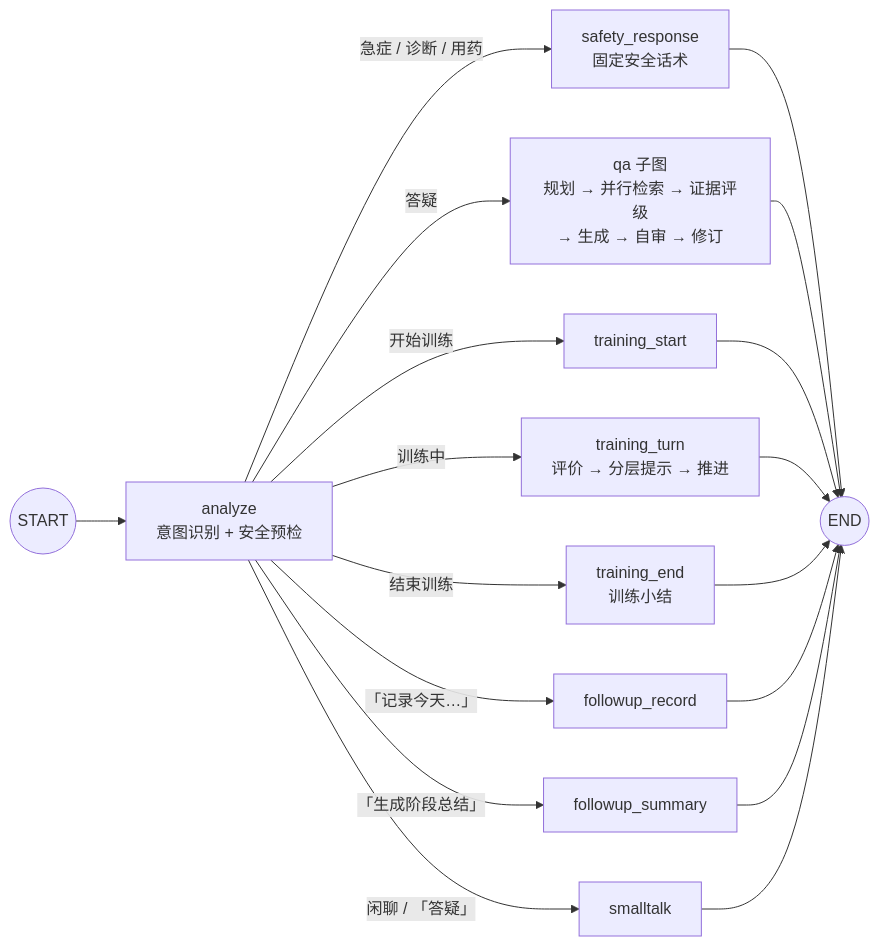
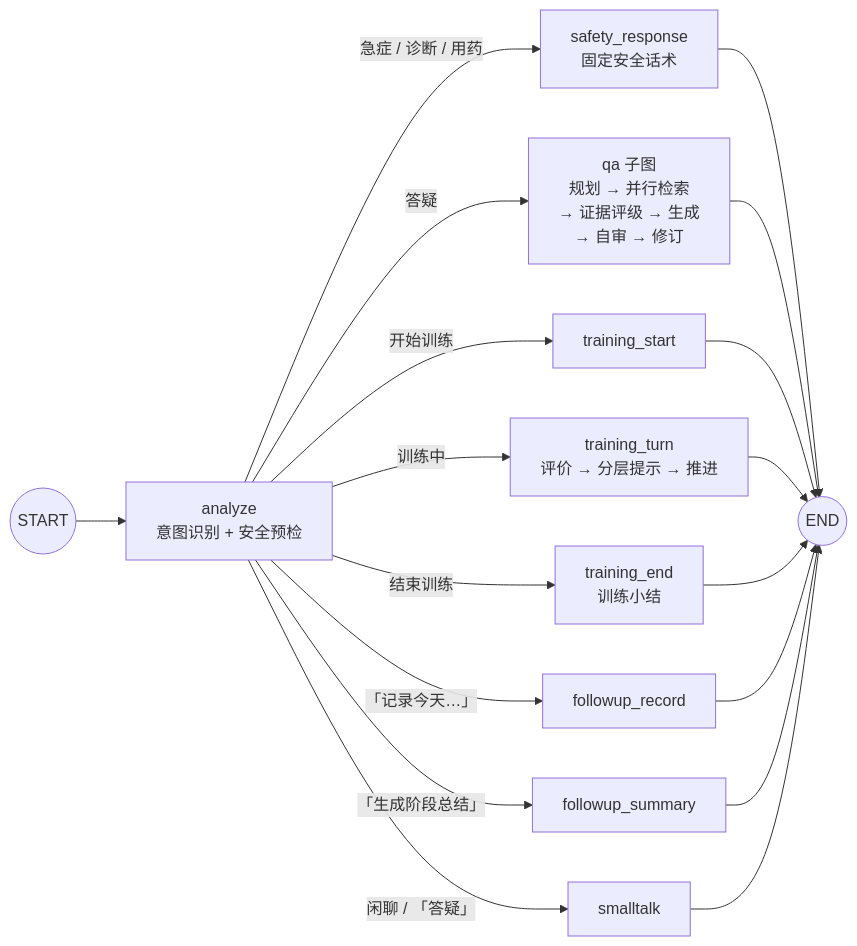
One commit to dazhuang2006/The-Sound-of-Breaking-Free-from-the-Cocoon changed the second of 3 diagrams in README.md. Above: the diagram before and after it, drawn with Mermaid. The commit also changed other lines of this file and 28 other files, not shown here.

````diff
--- a/README.md
+++ b/README.md
@@ -176,22 +190,22 @@
 ```mermaid
 flowchart LR
     S((START)) --> AN["analyze<br/>意图识别 + 安全预检"]
 
     AN -->|急症 / 诊断 / 用药| SR["safety_response<br/>固定安全话术"]
-    AN -->|答疑| QA["qa 子图<br/>规划 → 并行检索 → 证据评级<br/>→ 生成 → 自审 → 修订"]
+    AN -->|答疑| QA["qa 子图<br/>规划 → 并行检索<br/>→ 证据评级 → 生成<br/>→ 自审 → 修订"]
     AN -->|开始训练| TS["training_start"]
     AN -->|训练中| TT["training_turn<br/>评价 → 分层提示 → 推进"]
     AN -->|结束训练| TE["training_end<br/>训练小结"]
     AN -->|「记录今天…」| FR["followup_record"]
     AN -->|「生成阶段总结」| FS["followup_summary"]
     AN -->|闲聊 / 「答疑」| CH["smalltalk"]
 
     SR --> E((END))
     QA --> E
     TS --> E
     TT --> E
     TE --> E
     FR --> E
     FS --> E
     CH --> E
 ```
````
